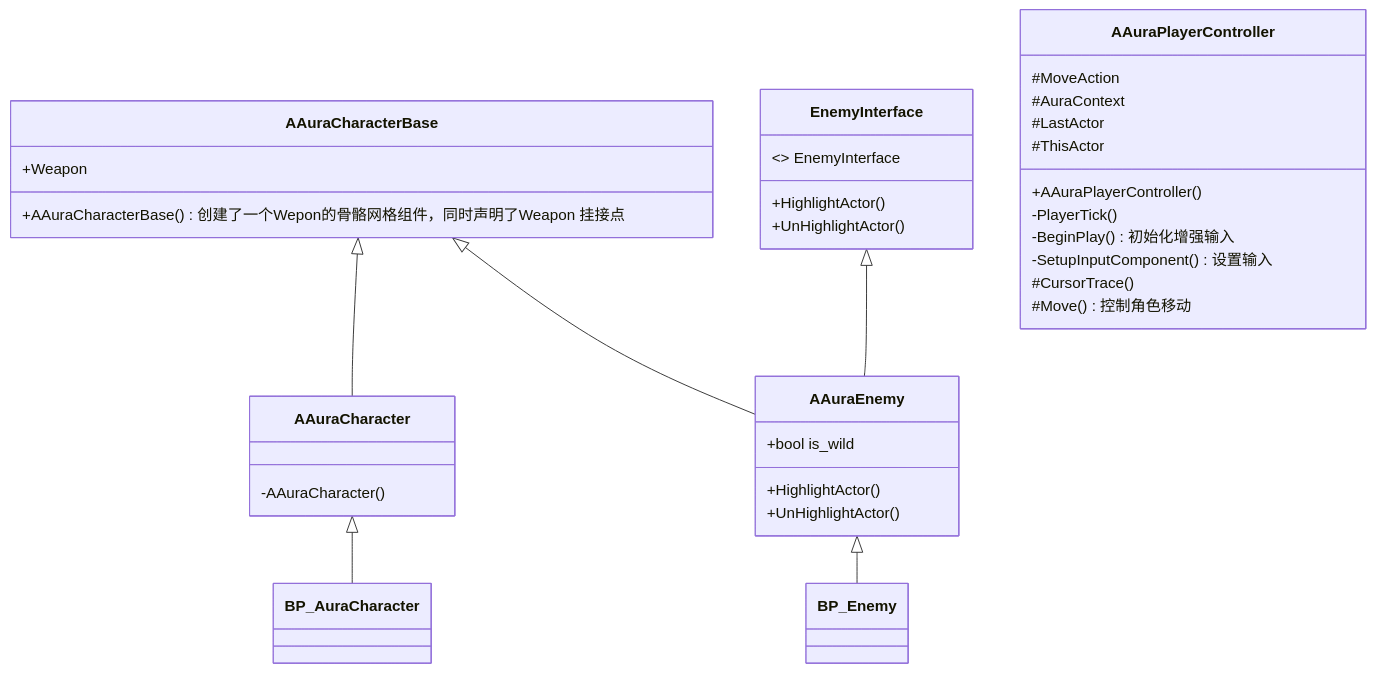
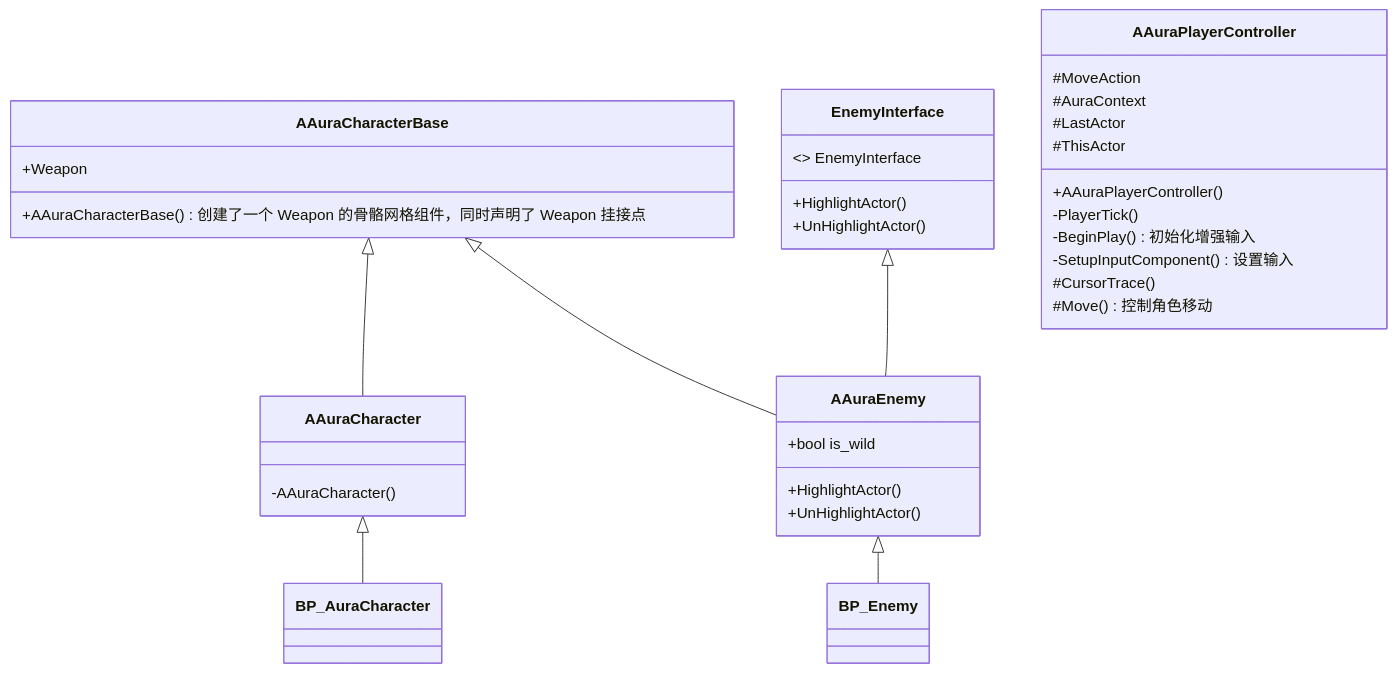
One commit to Jatpeng/jatpeng.github.io changed the second of 2 diagrams in source/_posts/20250701-Aura-UE5-leraning.md. Above: the diagram before and after it, drawn with Mermaid. The commit also changed other lines of this file and 361 other files, not shown here.

````diff
--- a/source/_posts/20250701-Aura-UE5-leraning.md
+++ b/source/_posts/20250701-Aura-UE5-leraning.md
@@ -151,39 +133,39 @@
 ```mermaid
 classDiagram
-    %% Character的基类
+    %% Character 的基类
     class AAuraCharacterBase {
         +Weapon
-        +AAuraCharacterBase() 创建了一个Wepon的骨骼网格组件，同时声明了Weapon 挂接点
+        +AAuraCharacterBase() 创建了一个 Weapon 的骨骼网格组件，同时声明了 Weapon 挂接点
     }
     AAuraCharacterBase <|-- AAuraCharacter
     AAuraCharacterBase <|-- AAuraEnemy
     AAuraEnemy <|-- BP_Enemy
     class AAuraCharacter {
         -AAuraCharacter()
     }
     AAuraCharacter <|-- BP_AuraCharacter
     class AAuraEnemy {
         +bool is_wild
         +HighlightActor()
         +UnHighlightActor()
     }
     class EnemyInterface {
         <<interface>> EnemyInterface
         +HighlightActor()
         +UnHighlightActor()
     }
     EnemyInterface <|-- AAuraEnemy
     class AAuraPlayerController {
         +AAuraPlayerController()
         -PlayerTick()
         -BeginPlay() 初始化增强输入
         -SetupInputComponent() 设置输入
         #CursorTrace()
         #Move() 控制角色移动
         #MoveAction
         #AuraContext
         #LastActor
         #ThisActor
     }
     class BP_Enemy
 ```
````
